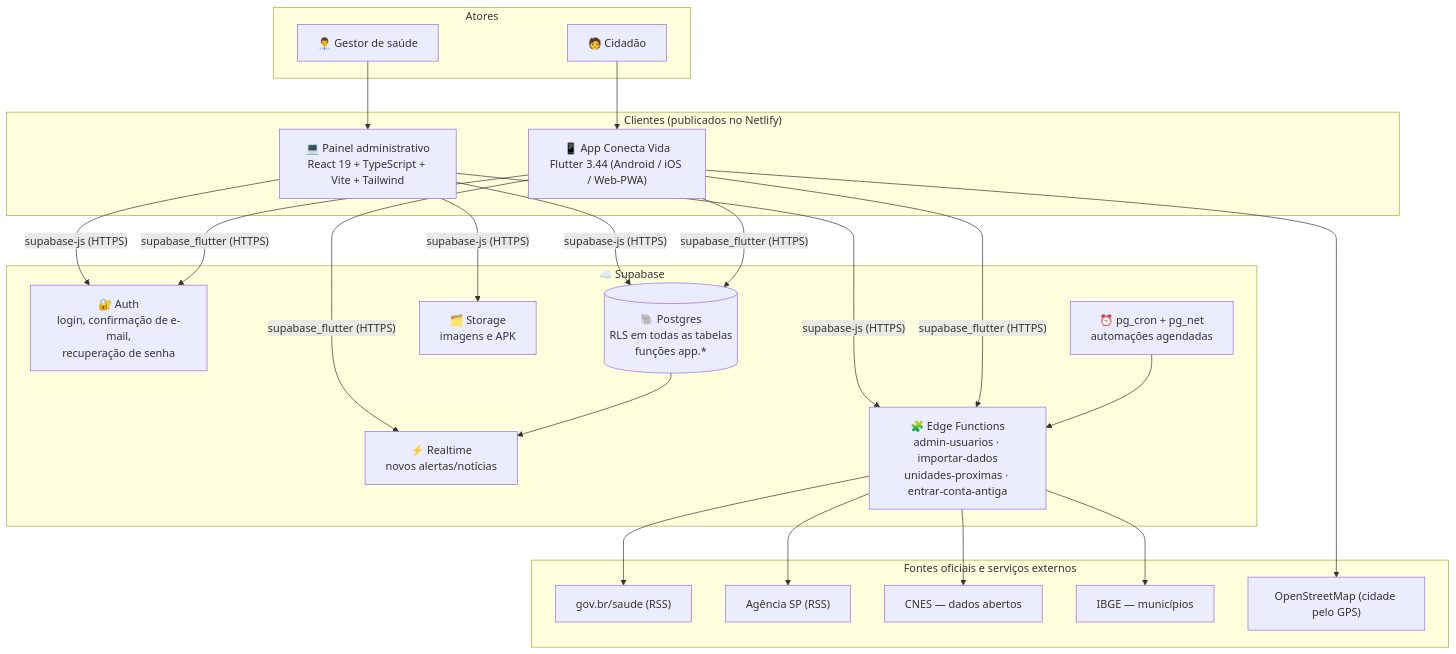
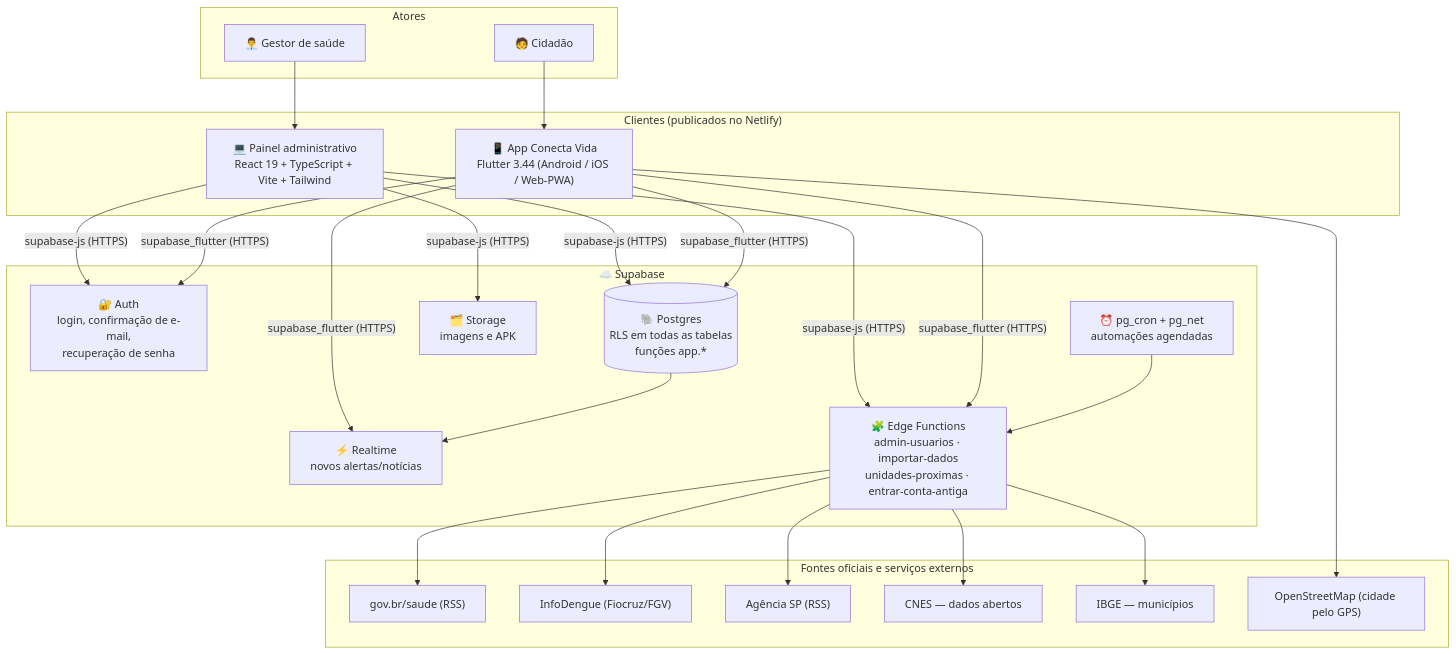
One commit to Conecta-Vida/Conecta-Vida-Documentacao changed the first of 4 diagrams in README.md. Above: the diagram before and after it, drawn with Mermaid. The commit also changed other lines of this file and 2 other files, not shown here.

First line of the commit message:
Documentação: alertas automáticos (InfoDengue), arquivamento de alertas e cidade atualizada pelo GPS

````diff
--- a/README.md
+++ b/README.md
@@ -52,38 +52,39 @@
 ```mermaid
 flowchart TB
     subgraph Atores
         Admin["👨‍💼 Gestor de saúde"]
         Cidadao["🧑 Cidadão"]
     end
 
     subgraph Clientes ["Clientes (publicados no Netlify)"]
         Painel["💻 Painel administrativo\nReact 19 + TypeScript + Vite + Tailwind"]
         App["📱 App Conecta Vida\nFlutter 3.44 (Android / iOS / Web-PWA)"]
     end
 
     subgraph Supabase ["☁️ Supabase"]
         Auth["🔐 Auth\nlogin, confirmação de e-mail,\nrecuperação de senha"]
         DB[("🐘 Postgres\nRLS em todas as tabelas\nfunções app.*")]
         RT["⚡ Realtime\nnovos alertas/notícias"]
         ST["🗂️ Storage\nimagens e APK"]
         EF["🧩 Edge Functions\nadmin-usuarios · importar-dados\nunidades-proximas · entrar-conta-antiga"]
         CRON["⏰ pg_cron + pg_net\nautomações agendadas"]
     end
 
     subgraph Externos ["Fontes oficiais e serviços externos"]
         MS["gov.br/saude (RSS)"]
+        INFO["InfoDengue (Fiocruz/FGV)"]
         SP["Agência SP (RSS)"]
         CNES["CNES — dados abertos"]
         IBGE["IBGE — municípios"]
         OSM["OpenStreetMap (cidade pelo GPS)"]
     end
 
     Admin --> Painel
     Cidadao --> App
     Painel -- "supabase-js (HTTPS)" --> Auth & DB & ST & EF
     App -- "supabase_flutter (HTTPS)" --> Auth & DB & RT & EF
     App --> OSM
     CRON --> EF
-    EF --> MS & SP & CNES & IBGE
+    EF --> MS & SP & CNES & IBGE & INFO
     DB --> RT
 ```
````
